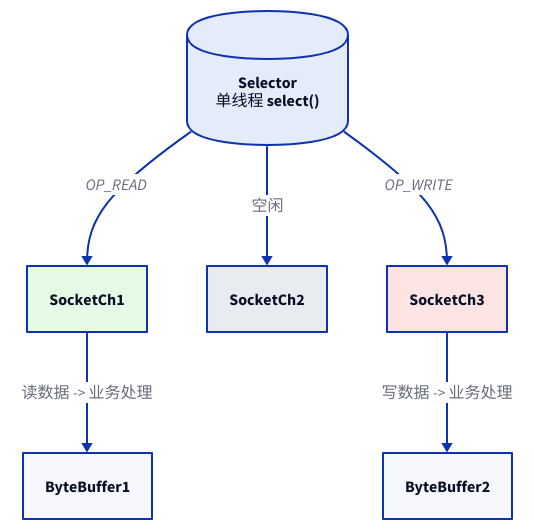
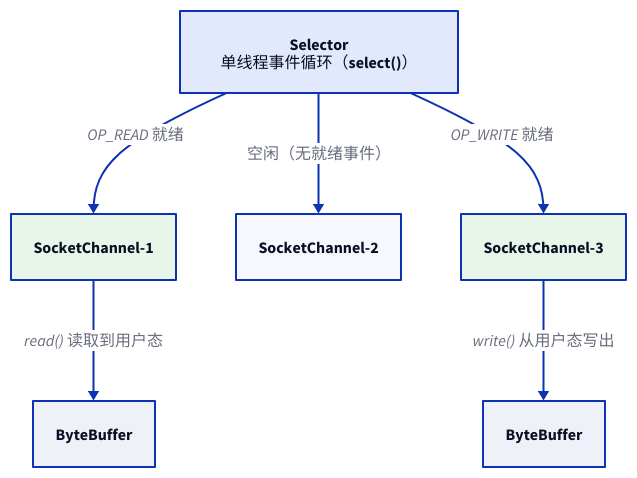
One commit to zhleeo/zlab changed the diagram in diagrams/nio-selector.d2. Above: the diagram before and after it, drawn with D2. The commit also changed 11 other files, not shown here.

```diff
--- a/diagrams/nio-selector.d2
+++ b/diagrams/nio-selector.d2
@@ -1,21 +1,31 @@
 # NIO Selector 多路复用原理
 direction: down
 
-Selector: "Selector\n单线程 select()" {
-  shape: cylinder
-  style.fill: "#e4ecfa"
+Selector: {
+  label: "Selector\n单线程事件循环（select()）"
+  style.fill: "#E3E9FD"
 }
 
-Selector -> SocketCh1: OP_READ
-Selector -> SocketCh2: 空闲
-Selector -> SocketCh3: OP_WRITE
+Selector -> ch1: OP_READ 就绪
+Selector -> ch2: 空闲（无就绪事件）
+Selector -> ch3: OP_WRITE 就绪
 
-SocketCh1 -> ByteBuffer1: 读数据 -> 业务处理
-SocketCh3 -> ByteBuffer2: 写数据 -> 业务处理
+ch1: SocketChannel-1 {
+  style.fill: "#E8F5E9"
+}
+ch2: SocketChannel-2 {
+  style.fill: "#F7F8FE"
+}
+ch3: SocketChannel-3 {
+  style.fill: "#E8F5E9"
+}
 
-SocketCh1.shape: rectangle
-SocketCh2.shape: rectangle
-SocketCh3.shape: rectangle
-SocketCh1.style.fill: "#e4fae4"
-SocketCh2.style.fill: "#e8ecf1"
-SocketCh3.style.fill: "#fce4e4"
+ch1 -> buf1: read() 读取到用户态
+ch3 -> buf2: write() 从用户态写出
+
+buf1: ByteBuffer {
+  style.fill: "#EEF1F8"
+}
+buf2: ByteBuffer {
+  style.fill: "#EEF1F8"
+}
```
